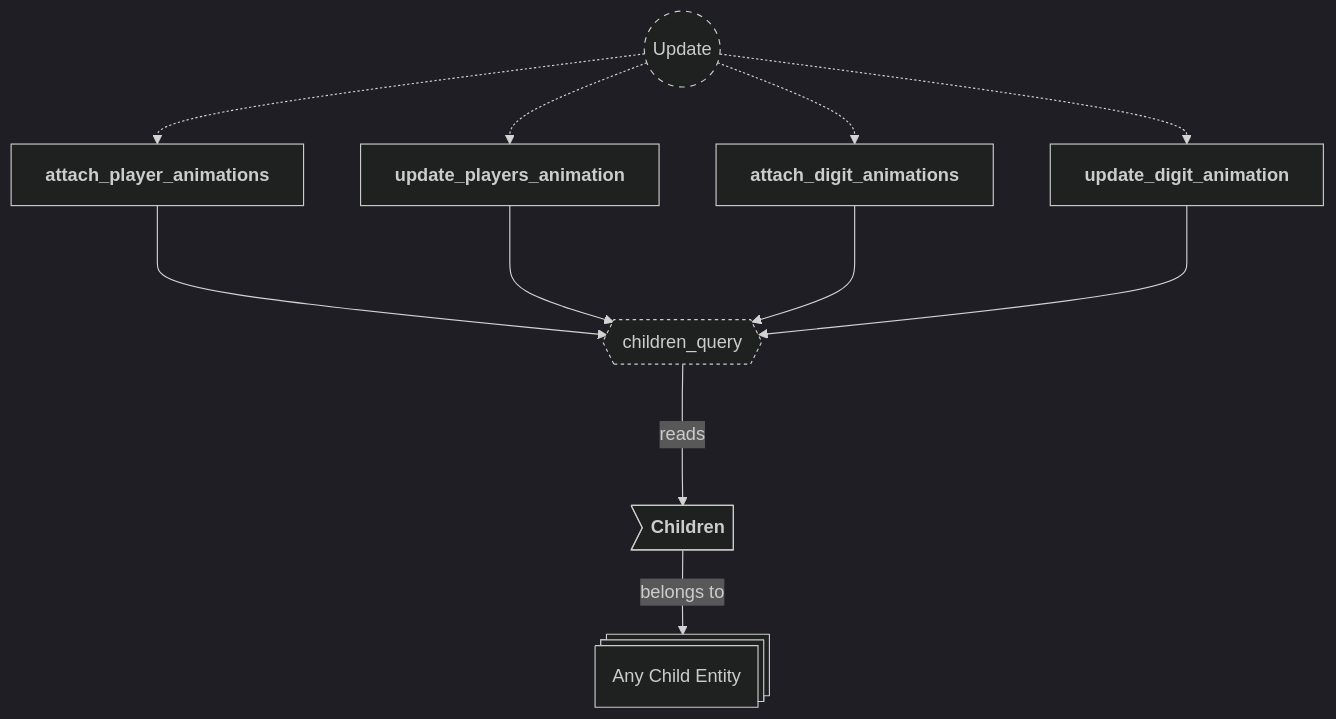
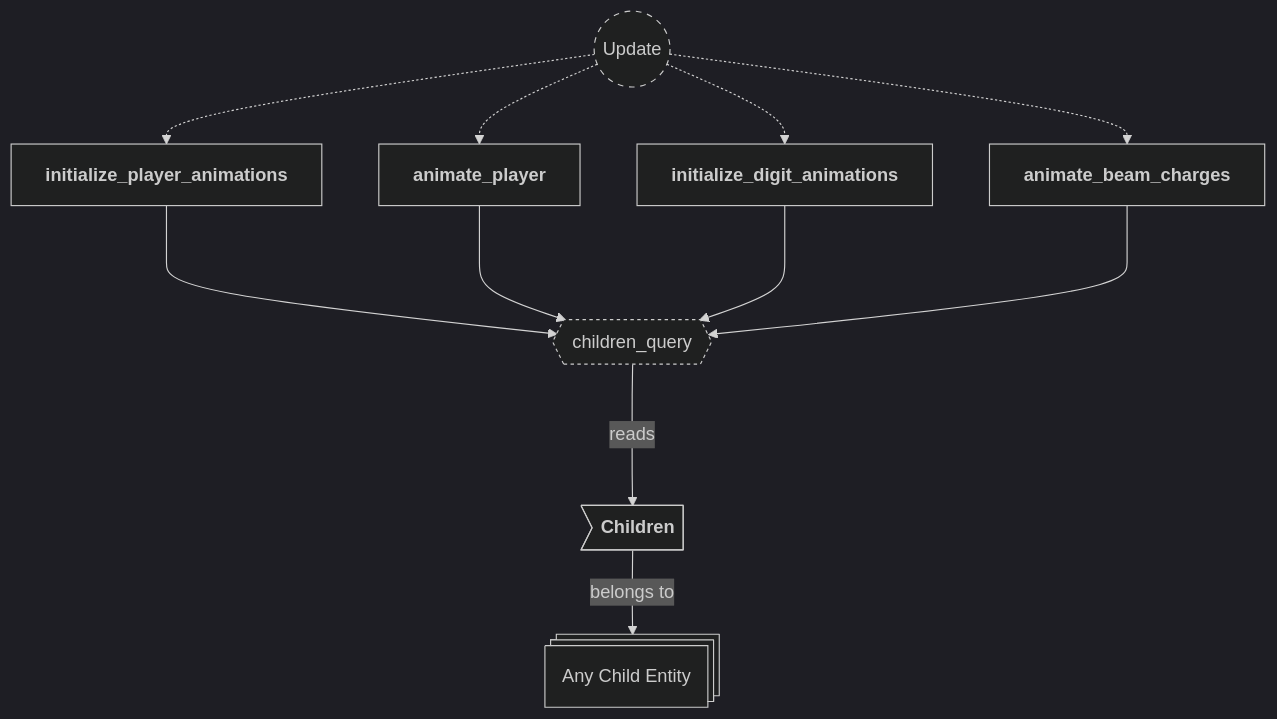
Before and after one commit to neurosoup/tyled: the sixth of 24 diagrams in backlog/docs/doc-5 - 004-Animations-plugin.md, drawn with Mermaid. The commit also changed other lines of this file and 4 other files, not shown here.

Commit message:
Animations: rename systems and update docs for BeamChargesChanged removal

````diff
--- a/backlog/docs/doc-5 - 004-Animations-plugin.md
+++ b/backlog/docs/doc-5 - 004-Animations-plugin.md
@@ -262,33 +262,33 @@
 ```mermaid
 ---
 config:
   theme: dark
 ---
 
 flowchart TD
 classDef system-group stroke-dasharray: 5 5
 classDef query stroke-dasharray: 3 3
 
 update(("`Update`")):::system-group
-attach_player_animations["`**attach_player_animations**`"]
-update_players_animation["`**update_players_animation**`"]
-attach_digit_animations["`**attach_digit_animations**`"]
-update_digit_animation["`**update_digit_animation**`"]
+initialize_player_animations["`**initialize_player_animations**`"]
+animate_player["`**animate_player**`"]
+initialize_digit_animations["`**initialize_digit_animations**`"]
+animate_beam_charges["`**animate_beam_charges**`"]
 
-update -.-> attach_player_animations
-update -.-> update_players_animation
-update -.-> attach_digit_animations
-update -.-> update_digit_animation
+update -.-> initialize_player_animations
+update -.-> animate_player
+update -.-> initialize_digit_animations
+update -.-> animate_beam_charges
 
 children_query{{"`children_query`"}}:::query
-attach_player_animations ---> children_query
-update_players_animation ---> children_query
-attach_digit_animations ---> children_query
-update_digit_animation ---> children_query
+initialize_player_animations ---> children_query
+animate_player ---> children_query
+initialize_digit_animations ---> children_query
+animate_beam_charges ---> children_query
 
 child_entity@{ shape: st-rect, label: "Any Child Entity" }
 
 ch_children>"`**Children**`"] --> |belongs to| child_entity
 
 children_query ---> |reads| ch_children
 ```
````
